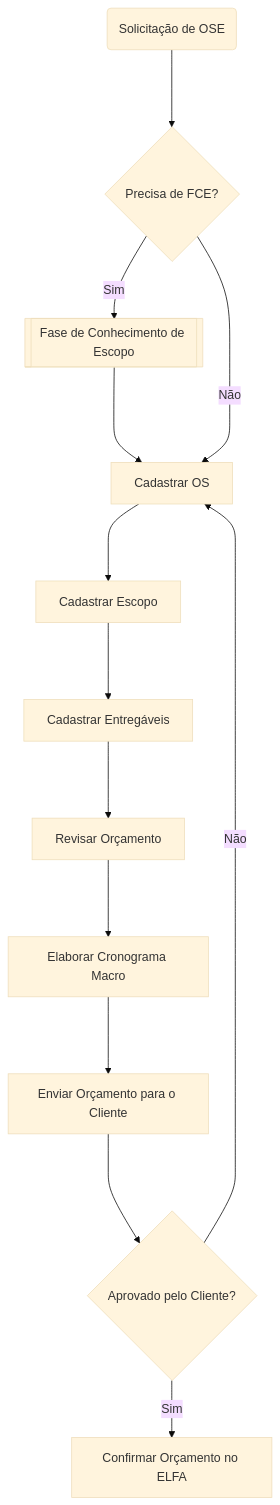
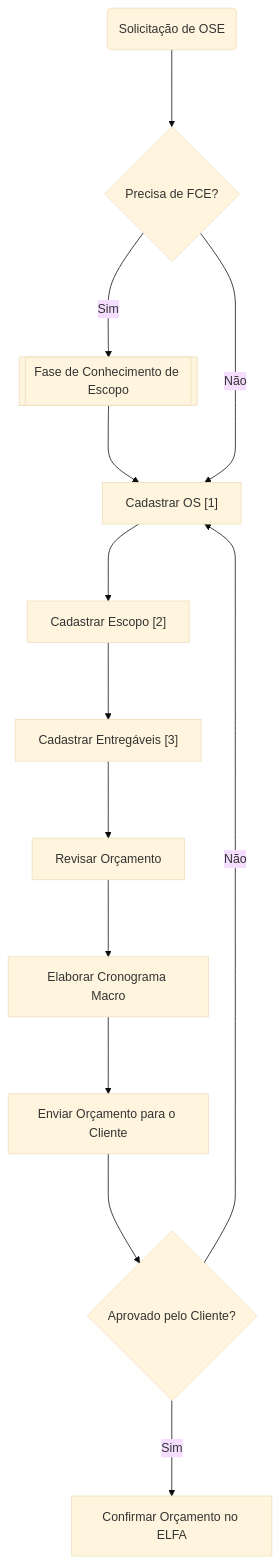
One commit to paulobls/blossom changed the first of 2 diagrams in requisitos/importacao-planilha-documentos-atividades.md. Above: the diagram before and after it, drawn with Mermaid (base theme). The commit also changed other lines of this file, not shown here.

````diff
--- a/requisitos/importacao-planilha-documentos-atividades.md
+++ b/requisitos/importacao-planilha-documentos-atividades.md
@@ -28,16 +27,16 @@
 ```mermaid
 graph TB
-    A(Solicitação de OSE) ---> B
-    B{Precisa de FCE?} --"Sim"--> C
-    C[[Fase de Conhecimento de Escopo]]---> D
-    B --"Não"--> D
-    D[Cadastrar OS] ---> E
-    E[Cadastrar Escopo] ---> F
-    F[Cadastrar Entregáveis] ---> G
-    G[Revisar Orçamento] ---> H
-    H[Elaborar Cronograma Macro] ---> I
-    I[Enviar Orçamento para o Cliente] ---> J
-    J{Aprovado pelo Cliente?} --"Sim"--> K
-    J --"Não"--> D
-    K[Confirmar Orçamento no ELFA]
+    A("Solicitação de OSE") ---> B
+    B{"Precisa de FCE?"} --->|Sim| C
+    C[["Fase de Conhecimento de Escopo"]]---> D
+    B --->|Não| D
+    D["Cadastrar OS [1]"] ---> E
+    E["Cadastrar Escopo [2]"] ---> F
+    F["Cadastrar Entregáveis [3]"] ---> G
+    G["Revisar Orçamento"] ---> H
+    H["Elaborar Cronograma Macro"] ---> I
+    I["Enviar Orçamento para o Cliente"] ---> J
+    J{"Aprovado pelo Cliente"?} --->|Sim| K
+    J --->|Não| D
+    K["Confirmar Orçamento no ELFA"]
 ```
````
